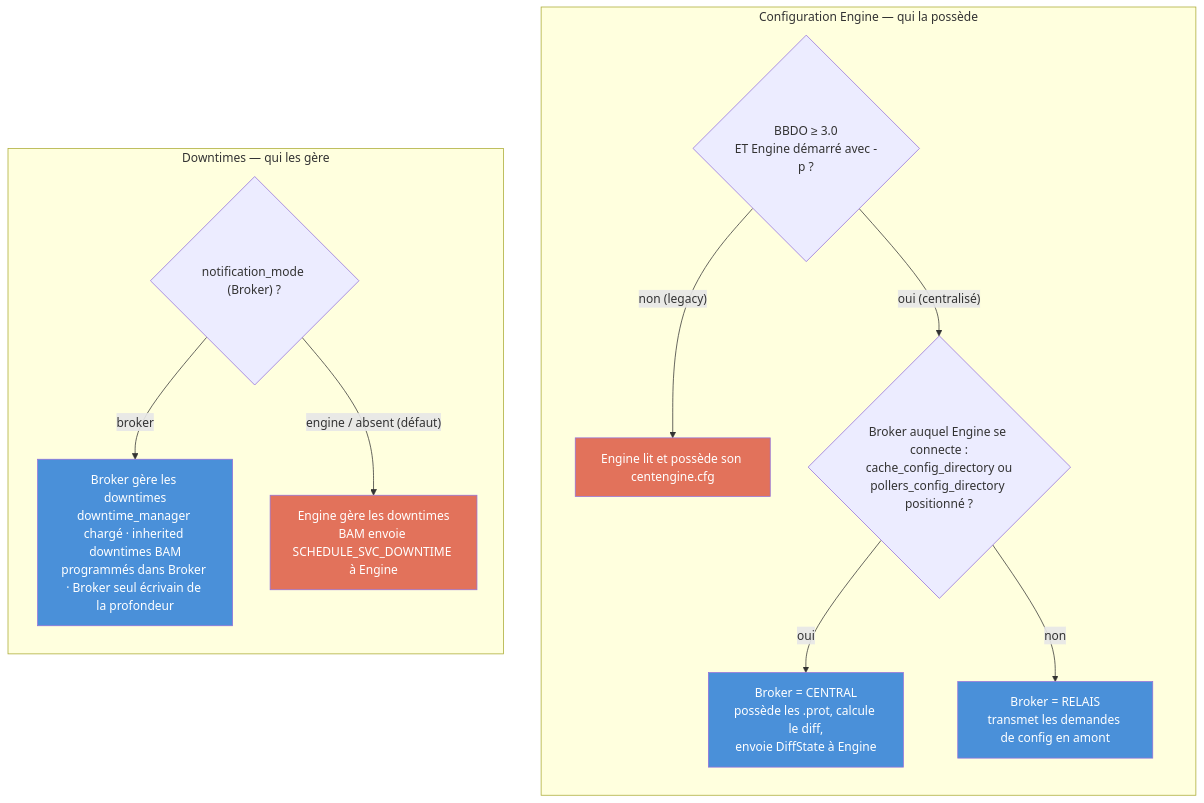
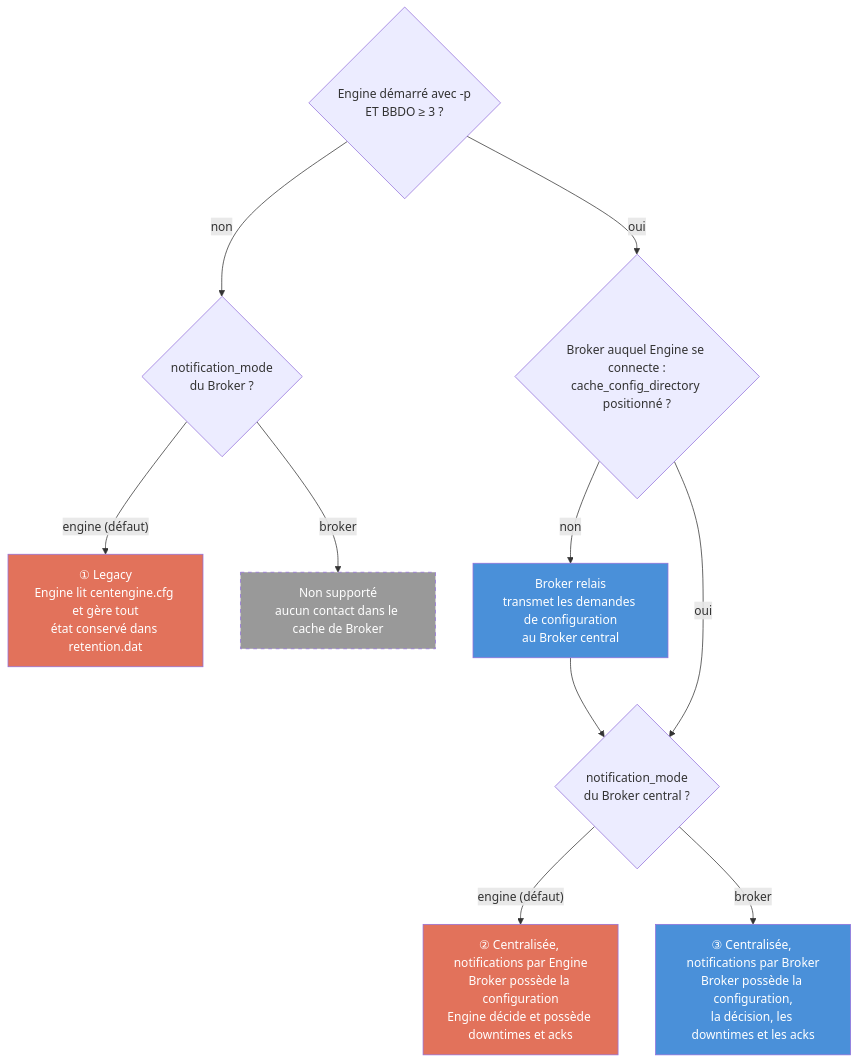
The second of 50 diagrams in doc/nego-engine-broker-fr.md (centreon/centreon-collect), drawn with Mermaid before and after one commit. The commit also changed other lines of this file and 2 other files, not shown here.

Commit message:
chore(doc): nego-engine-broker completed about various modes

````diff
--- a/doc/nego-engine-broker-fr.md
+++ b/doc/nego-engine-broker-fr.md
@@ -375,21 +370,17 @@
 ```mermaid
 flowchart TD
     classDef engine fill:#e2725b,color:#fff;
     classDef broker fill:#4a90d9,color:#fff;
+    classDef ko fill:#999,color:#fff,stroke-dasharray: 5 5;
 
-    subgraph CONF["Configuration Engine — qui la possède"]
-        direction TB
-        Q1{"BBDO ≥ 3.0<br/>ET Engine démarré avec -p ?"}
-        Q1 -- "non (legacy)" --> ENGCONF["Engine lit et possède son centengine.cfg"]:::engine
-        Q1 -- "oui (centralisé)" --> Q2{"Broker auquel Engine se connecte :<br/>cache_config_directory ou<br/>pollers_config_directory positionné ?"}
-        Q2 -- "oui" --> CENTRAL["Broker = CENTRAL<br/>possède les .prot, calcule le diff,<br/>envoie DiffState à Engine"]:::broker
-        Q2 -- "non" --> RELAY["Broker = RELAIS<br/>transmet les demandes de config en amont"]:::broker
-    end
-
-    subgraph DT["Downtimes — qui les gère"]
-        direction TB
-        Q3{"notification_mode (Broker) ?"}
-        Q3 -- "broker" --> DTBROKER["Broker gère les downtimes<br/>downtime_manager chargé · inherited downtimes BAM<br/>programmés dans Broker · Broker seul écrivain de la profondeur"]:::broker
-        Q3 -- "engine / absent (défaut)" --> DTENGINE["Engine gère les downtimes<br/>BAM envoie SCHEDULE_SVC_DOWNTIME à Engine"]:::engine
-    end
+    Q1{"Engine démarré avec -p<br/>ET BBDO ≥ 3 ?"}
+    Q1 -- "non" --> QL{"notification_mode<br/>du Broker ?"}
+    QL -- "engine (défaut)" --> C1["① Legacy<br/>Engine lit centengine.cfg et gère tout<br/>état conservé dans retention.dat"]:::engine
+    QL -- "broker" --> KO["Non supporté<br/>aucun contact dans le cache de Broker"]:::ko
+    Q1 -- "oui" --> Q2{"Broker auquel Engine se connecte :<br/>cache_config_directory positionné ?"}
+    Q2 -- "non" --> RELAY["Broker relais<br/>transmet les demandes de configuration<br/>au Broker central"]:::broker
+    RELAY --> Q3
+    Q2 -- "oui" --> Q3{"notification_mode<br/>du Broker central ?"}
+    Q3 -- "engine (défaut)" --> C2["② Centralisée, notifications par Engine<br/>Broker possède la configuration<br/>Engine décide et possède downtimes et acks"]:::engine
+    Q3 -- "broker" --> C3["③ Centralisée, notifications par Broker<br/>Broker possède la configuration,<br/>la décision, les downtimes et les acks"]:::broker
 ```
````
